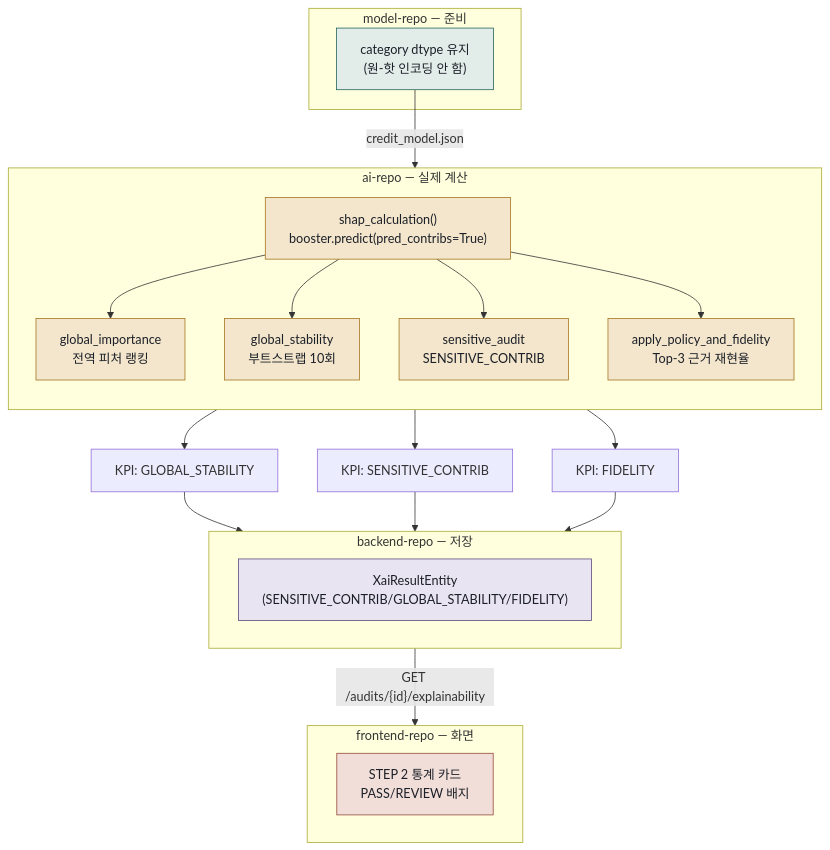
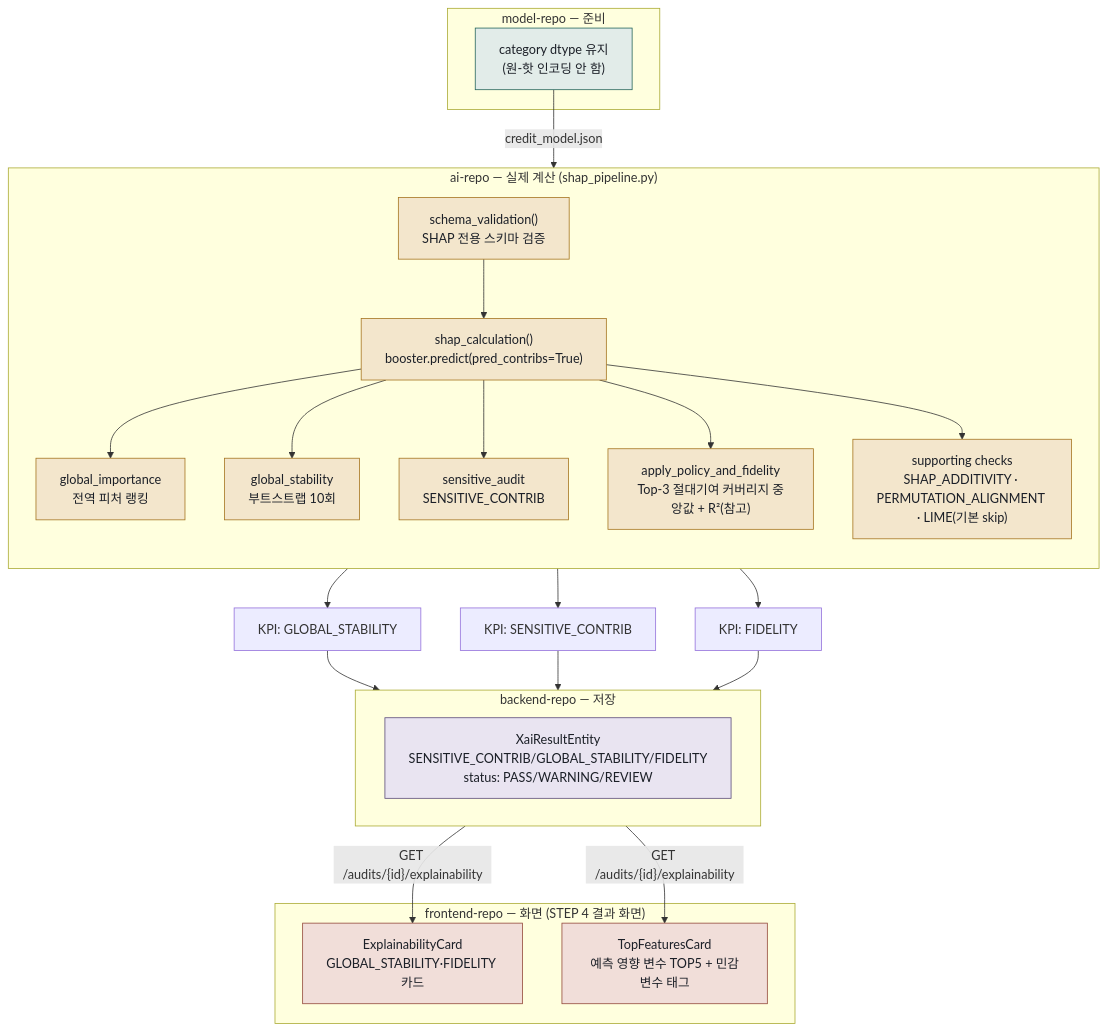
The diagram in docs/02-shap-flow.md (kt-aivle-big-project-13/model-repo), drawn with Mermaid before and after one commit. The commit also changed other lines of this file, not shown here.

First line of the commit message:
Revise SHAP flow documentation for better understanding

````diff
--- a/docs/02-shap-flow.md
+++ b/docs/02-shap-flow.md
@@ -13,45 +15,51 @@
 ```mermaid
 flowchart TB
     subgraph MR["model-repo — 준비"]
     CAT["category dtype 유지\n(원-핫 인코딩 안 함)"]
     end
 
-    subgraph AR["ai-repo — 실제 계산"]
+    subgraph AR["ai-repo — 실제 계산 (shap_pipeline.py)"]
     direction TB
+    SV["schema_validation()\nSHAP 전용 스키마 검증"]
     TS["shap_calculation()\nbooster.predict(pred_contribs=True)"]
     GI["global_importance\n전역 피처 랭킹"]
     GS["global_stability\n부트스트랩 10회"]
     SA["sensitive_audit\nSENSITIVE_CONTRIB"]
-    FID["apply_policy_and_fidelity\nTop-3 근거 재현율"]
+    FID["apply_policy_and_fidelity\nTop-3 절대기여 커버리지 중앙값 + R²(참고)"]
+    SUP["supporting checks\nSHAP_ADDITIVITY · PERMUTATION_ALIGNMENT · LIME(기본 skip)"]
+    SV --> TS
     TS --> GI
     TS --> GS
     TS --> SA
     TS --> FID
+    TS --> SUP
     end
 
     subgraph BE["backend-repo — 저장"]
-    XAI["XaiResultEntity\n(SENSITIVE_CONTRIB/GLOBAL_STABILITY/FIDELITY)"]
+    XAI["XaiResultEntity\nSENSITIVE_CONTRIB/GLOBAL_STABILITY/FIDELITY\nstatus: PASS/WARNING/REVIEW"]
     end
 
-    subgraph FE["frontend-repo — 화면"]
-    UI["STEP 2 통계 카드\nPASS/REVIEW 배지"]
+    subgraph FE["frontend-repo — 화면 (STEP 4 결과 화면)"]
+    UI["ExplainabilityCard\nGLOBAL_STABILITY·FIDELITY 카드"]
+    TOP["TopFeaturesCard\n예측 영향 변수 TOP5 + 민감변수 태그"]
     end
 
-    CAT -->|"credit_model.json"| TS
+    CAT -->|"credit_model.json"| SV
     GS --> K1["KPI: GLOBAL_STABILITY"]
     SA --> K2["KPI: SENSITIVE_CONTRIB"]
     FID --> K3["KPI: FIDELITY"]
     K1 --> BE
     K2 --> BE
     K3 --> BE
-    BE -->|"GET /audits/{id}/explainability"| FE
+    BE -->|"GET /audits/{id}/explainability"| UI
+    BE -->|"GET /audits/{id}/explainability"| TOP
 
     classDef mr fill:#e2ece9,stroke:#24645b,color:#1b1f27;
     classDef ar fill:#f3e6cc,stroke:#a5741f,color:#1b1f27;
     classDef be fill:#e9e4f1,stroke:#5a4a7a,color:#1b1f27;
     classDef fe fill:#f1ded9,stroke:#93483a,color:#1b1f27;
     class CAT mr
-    class TS,GI,GS,SA,FID ar
+    class SV,TS,GI,GS,SA,FID,SUP ar
     class XAI be
-    class UI fe
+    class UI,TOP fe
 ```
````
